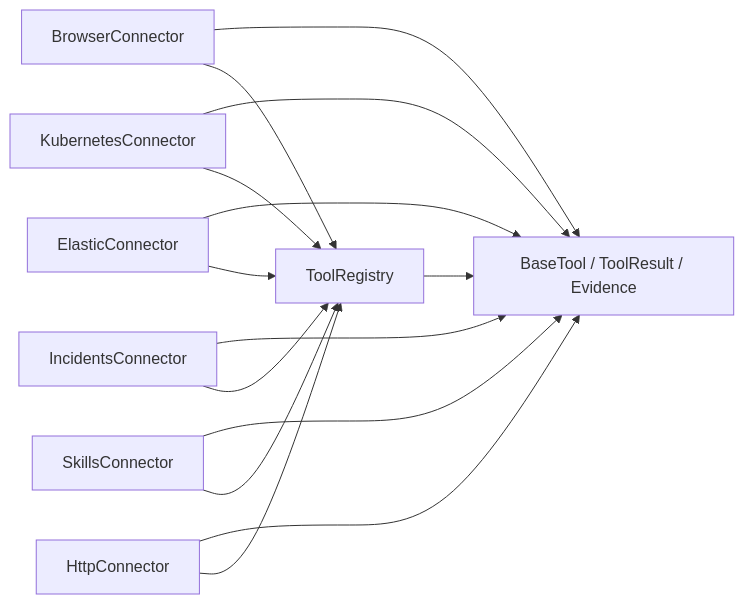
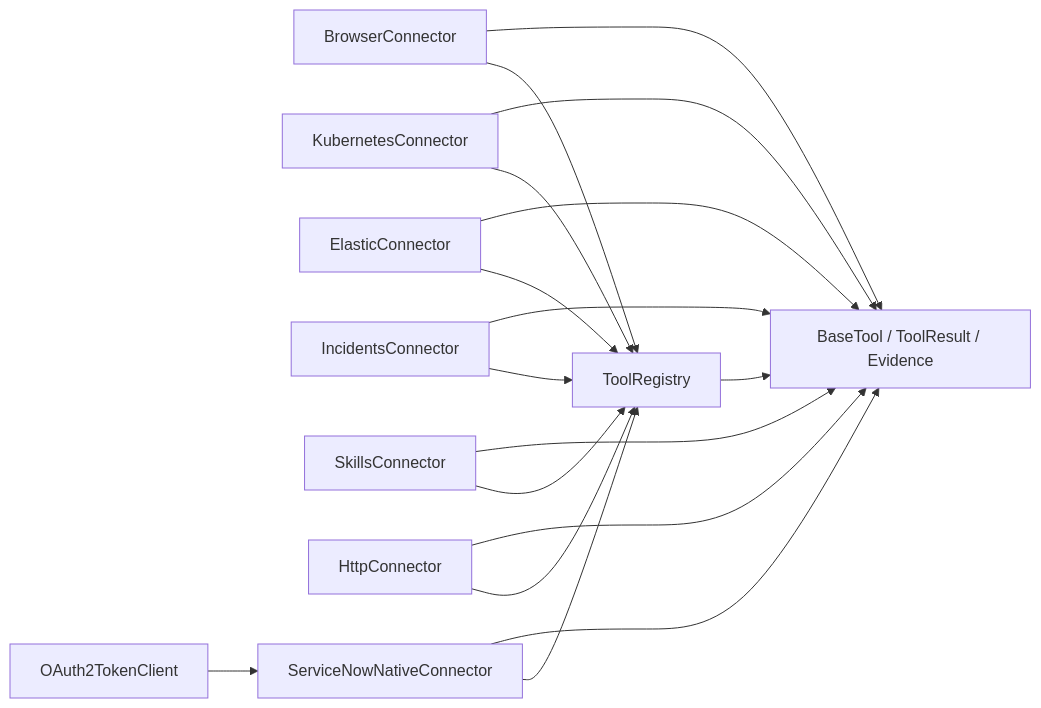
One commit to metasync/luban-aiops changed the third of 3 diagrams in .qoder/repowiki/en/content/Core Services/Tool Gateway/Built-in Tool Connectors/Built-in Tool Connectors.md. Above: the diagram before and after it, drawn with Mermaid. The commit also changed other lines of this file and 24 other files, not shown here.

````diff
--- a/.qoder/repowiki/en/content/Core Services/Tool Gateway/Built-in Tool Connectors/Built-in Tool Connectors.md
+++ b/.qoder/repowiki/en/content/Core Services/Tool Gateway/Built-in Tool Connectors/Built-in Tool Connectors.md
@@ -396,24 +462,29 @@
 ```mermaid
 graph LR
 BASE["BaseTool / ToolResult / Evidence"]
 REG["ToolRegistry"]
 BR["BrowserConnector"]
 K8S["KubernetesConnector"]
 ES["ElasticConnector"]
 INC["IncidentsConnector"]
 SK["SkillsConnector"]
 HTTP["HttpConnector"]
+SN["ServiceNowNativeConnector"]
+OAUTH["OAuth2TokenClient"]
 BR --> BASE
 K8S --> BASE
 ES --> BASE
 INC --> BASE
 SK --> BASE
 HTTP --> BASE
+SN --> BASE
+OAUTH --> SN
 REG --> BASE
 BR --> REG
 K8S --> REG
 ES --> REG
 INC --> REG
 SK --> REG
 HTTP --> REG
+SN --> REG
 ```
````
